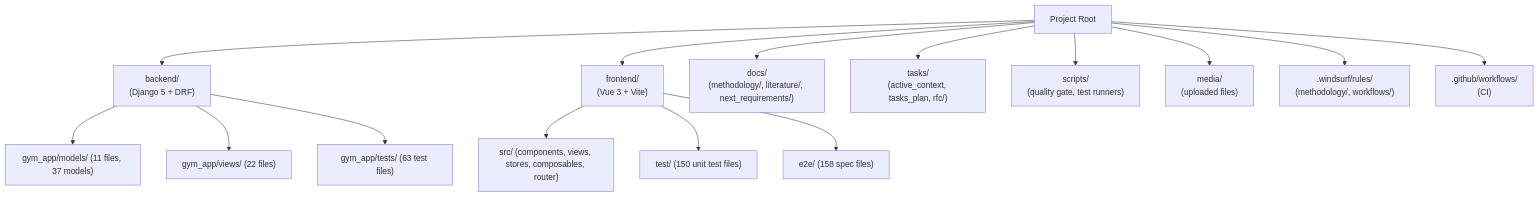
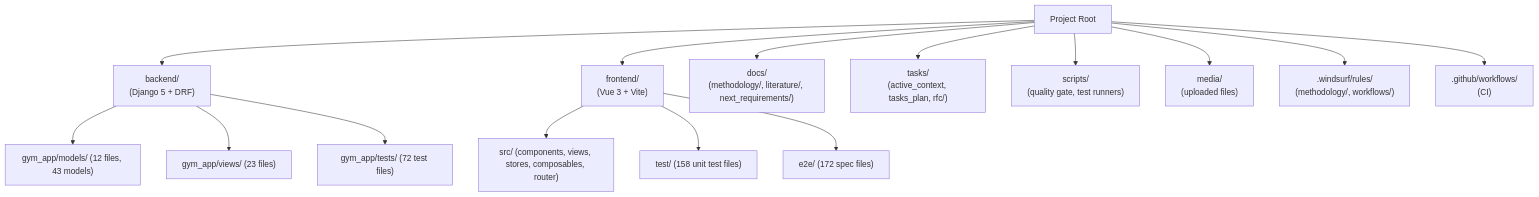
The diagram in .windsurf/rules/methodology/directory-structure.md (carlos18bp/gym_project), drawn with Mermaid before and after one commit. The commit also changed 6 other files, not shown here.

````diff
--- a/.windsurf/rules/methodology/directory-structure.md
+++ b/.windsurf/rules/methodology/directory-structure.md
@@ -6,20 +6,20 @@
 ```mermaid
 flowchart TD
     Root[Project Root]
     Root --> Backend["backend/\n(Django 5 + DRF)"]
     Root --> Frontend["frontend/\n(Vue 3 + Vite)"]
     Root --> Docs["docs/\n(methodology/, literature/, next_requirements/)"]
     Root --> Tasks["tasks/\n(active_context, tasks_plan, rfc/)"]
     Root --> Scripts["scripts/\n(quality gate, test runners)"]
     Root --> Media["media/\n(uploaded files)"]
     Root --> Windsurf[".windsurf/rules/\n(methodology/, workflows/)"]
     Root --> GitHub[".github/workflows/\n(CI)"]
 
-    Backend --> Models["gym_app/models/ (11 files, 37 models)"]
-    Backend --> Views["gym_app/views/ (22 files)"]
-    Backend --> Tests_BE["gym_app/tests/ (63 test files)"]
+    Backend --> Models["gym_app/models/ (12 files, 43 models)"]
+    Backend --> Views["gym_app/views/ (23 files)"]
+    Backend --> Tests_BE["gym_app/tests/ (72 test files)"]
 
     Frontend --> Src["src/ (components, views, stores, composables, router)"]
-    Frontend --> Tests_FE["test/ (150 unit test files)"]
-    Frontend --> E2E["e2e/ (158 spec files)"]
+    Frontend --> Tests_FE["test/ (158 unit test files)"]
+    Frontend --> E2E["e2e/ (172 spec files)"]
 ```
````
